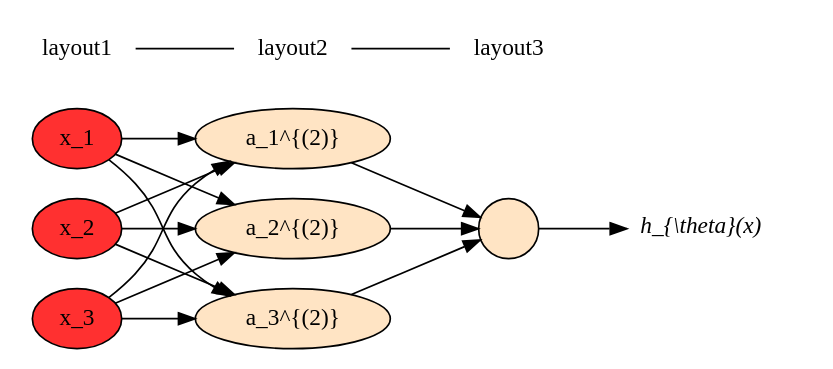
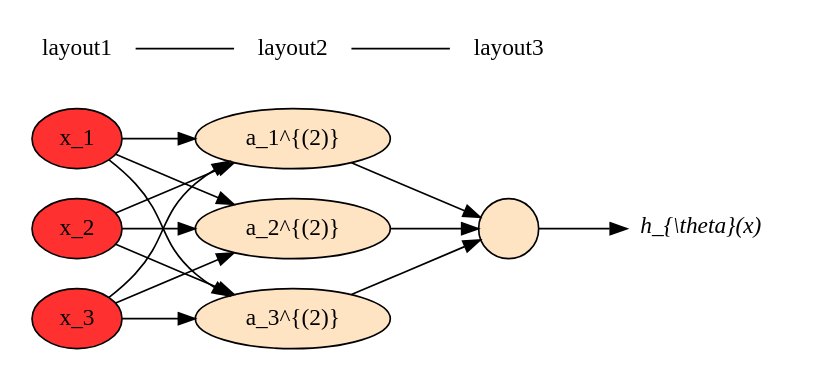
The diagram in readme.md (flyingyizi/tfutil), drawn with Graphviz before and after one commit. The commit also changed other lines of this file and 5 other files, not shown here.

````diff
--- a/readme.md
+++ b/readme.md
@@ -177,27 +177,27 @@
 ```dot
 digraph neural {
     rankdir=LR;
     //rankdir=TB;
-    x1[label="x_1",width = 0.5, style = filled, fillcolor = firebrick1,group=1]
-    x2[label="x_2",width = 0.5, style = filled, fillcolor = firebrick1,group=1]
-    x3[label="x_3",width = 0.5, style = filled, fillcolor = firebrick1,group=1]
+    x1[label="x_1",style = filled, fillcolor = firebrick1,group=1]
+    x2[label="x_2",style = filled, fillcolor = firebrick1,group=1]
+    x3[label="x_3",style = filled, fillcolor = firebrick1,group=1]
 
-    a1[label="a_1^{(2)}",width = 0.5, style = filled, fillcolor = bisque1,group=2]
-    a2[label="a_2^{(2)}",width = 0.5, style = filled, fillcolor = bisque1,group=2]
-    a3[label="a_3^{(2)}",width = 0.5, style = filled, fillcolor = bisque1,group=2]
+    a1[label="a_1^{(2)}", style = filled, fillcolor = bisque1,group=2]
+    a2[label="a_2^{(2)}", style = filled, fillcolor = bisque1,group=2]
+    a3[label="a_3^{(2)}", style = filled, fillcolor = bisque1,group=2]
 
     out[label="",width = 0.5, style = filled, fillcolor = bisque1,group=3]
     h[label=<<i>h_{\theta}(x)</i>>,shape=plaintext, group=4]
 
     {x1,x2,x3} -> {a1,a2,a3} -> {out} -> h
 
     { rank = same; x1; x2; x3; }
     { rank = same; a1; a2; a3; }
 
     layout1[label="layout1",shape=none,group=1]
     layout2[label="layout2",shape=none,group=2]
     layout3[label="layout3",shape=none,group=3]
     { rank = same; out; layout3; }
     layout1 -> layout2 -> layout3 [dir=none]
 }
 ```
````
